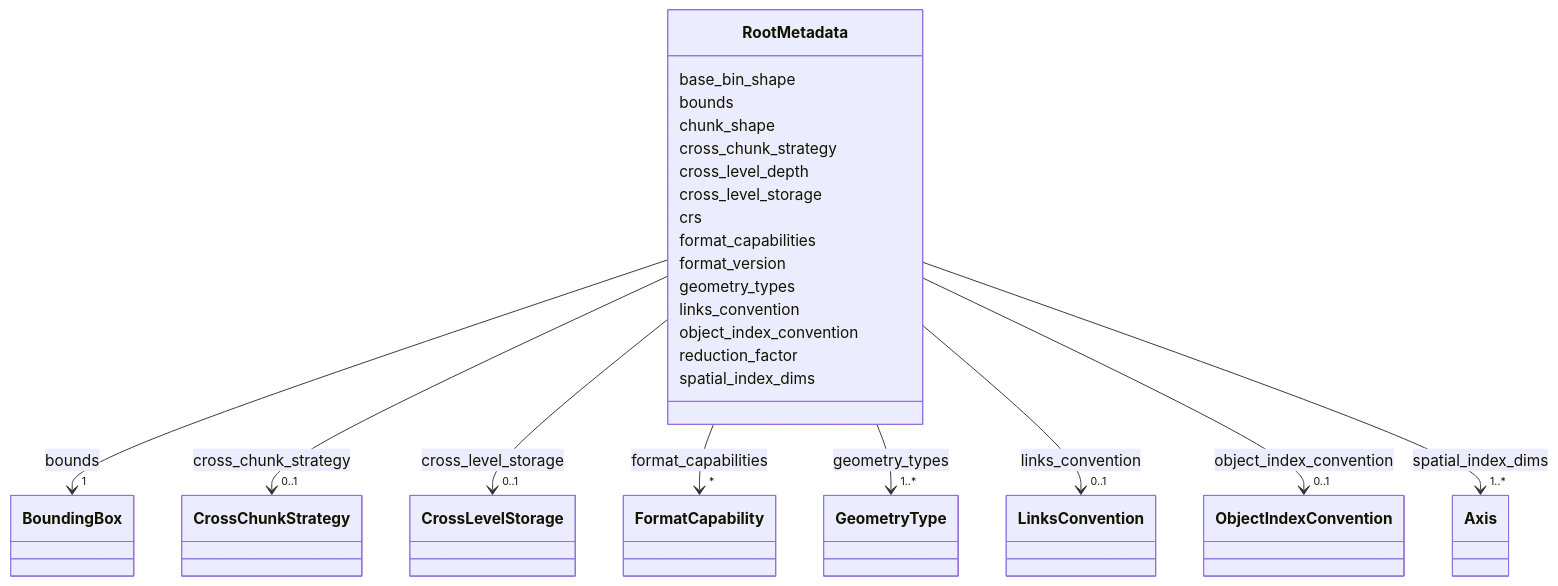
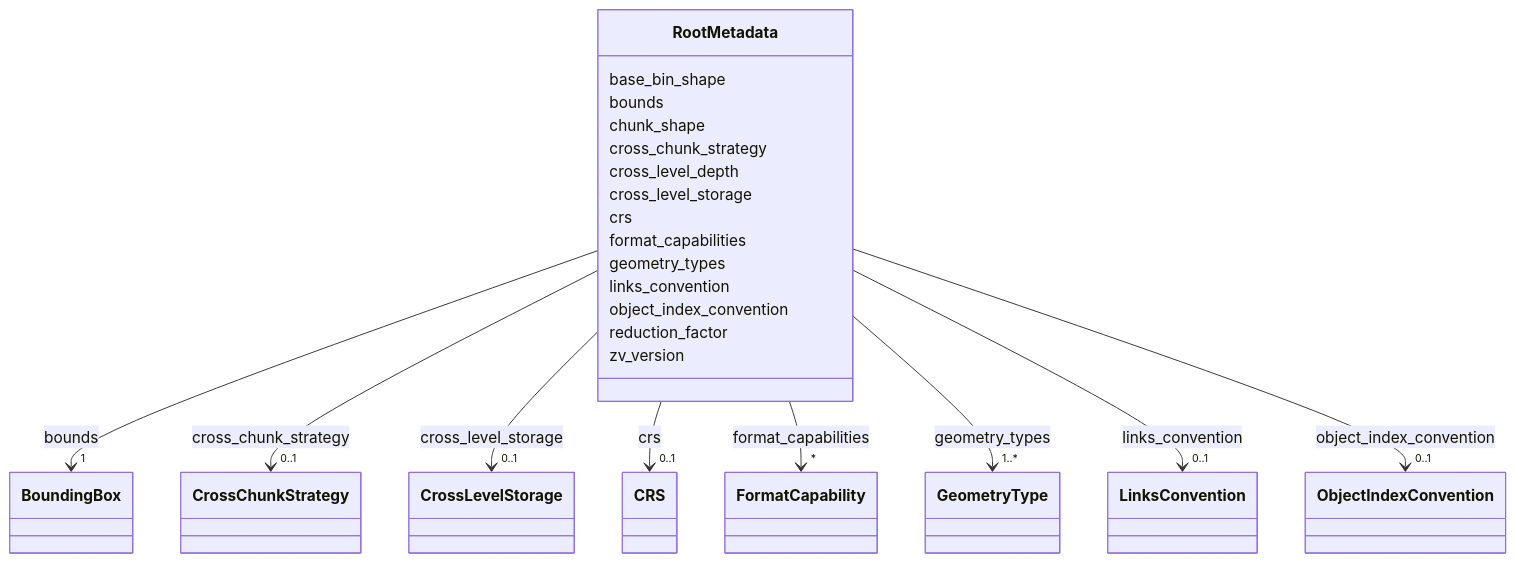
Before and after one commit to BRIDGE-Neuroscience/zarr-vectors-py: diagram 16 of 17 in schema/reference.md, drawn with Mermaid. The commit also changed other lines of this file and 197 other files, not shown here.

````diff
--- a/schema/reference.md
+++ b/schema/reference.md
@@ -8911,6 +8766,15 @@
         
       RootMetadata : crs
         
+          
+    
+        
+        
+        RootMetadata --> "0..1" CRS : crs
+        click CRS href "../CRS/"
+    
+
+        
       RootMetadata : format_capabilities
         
           
@@ -8921,8 +8785,6 @@
         click FormatCapability href "../FormatCapability/"
     
 
-        
-      RootMetadata : format_version
         
       RootMetadata : geometry_types
         
@@ -8959,16 +8821,7 @@
         
       RootMetadata : reduction_factor
         
-      RootMetadata : spatial_index_dims
-        
-          
-    
-        
-        
-        RootMetadata --> "1..*" Axis : spatial_index_dims
-        click Axis href "../Axis/"
-    
-
+      RootMetadata : zv_version
         
       
 ```
````
